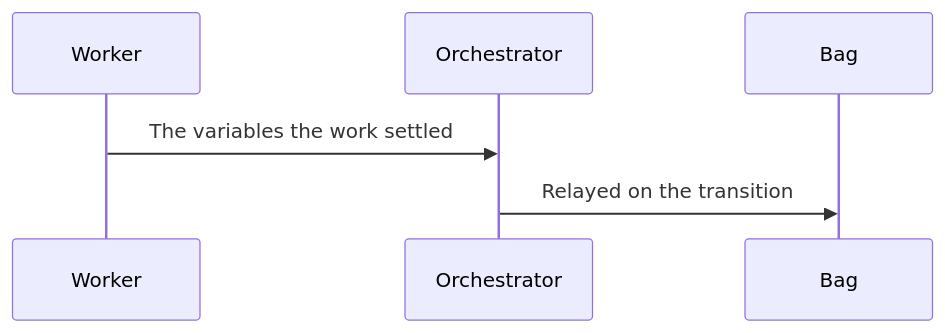
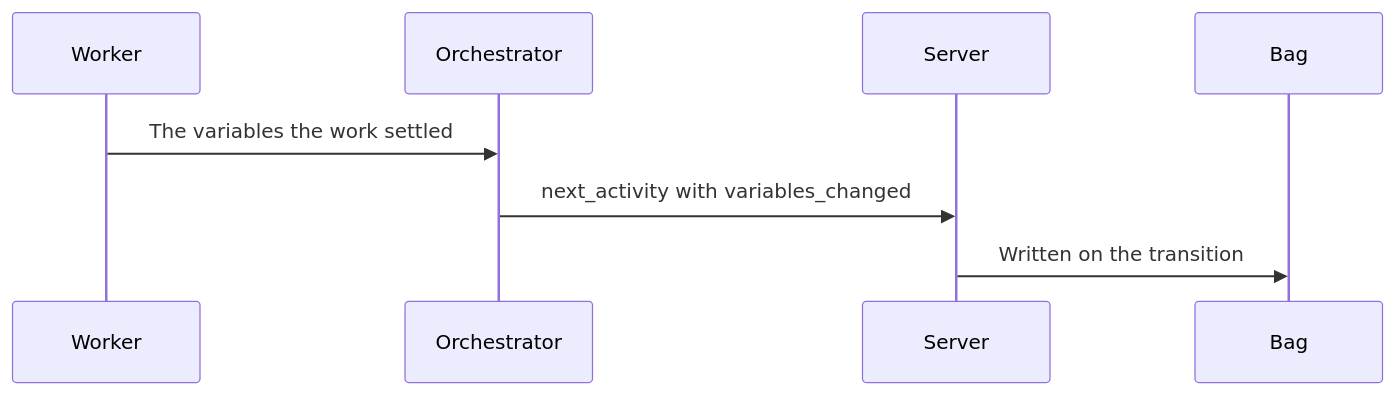
Diagram 15 of 36 in docs/state.md (m2ux/workflow-server), drawn with Mermaid before and after one commit. The commit also changed other lines of this file and 17 other files, not shown here.

````diff
--- a/docs/state.md
+++ b/docs/state.md
@@ -260,8 +262,10 @@
 ```mermaid
 sequenceDiagram
   participant Worker
   participant Orchestrator
+  participant Server
   participant Bag
   Worker->>Orchestrator: The variables the work settled
-  Orchestrator->>Bag: Relayed on the transition
+  Orchestrator->>Server: next_activity with variables_changed
+  Server->>Bag: Written on the transition
 ```
````
